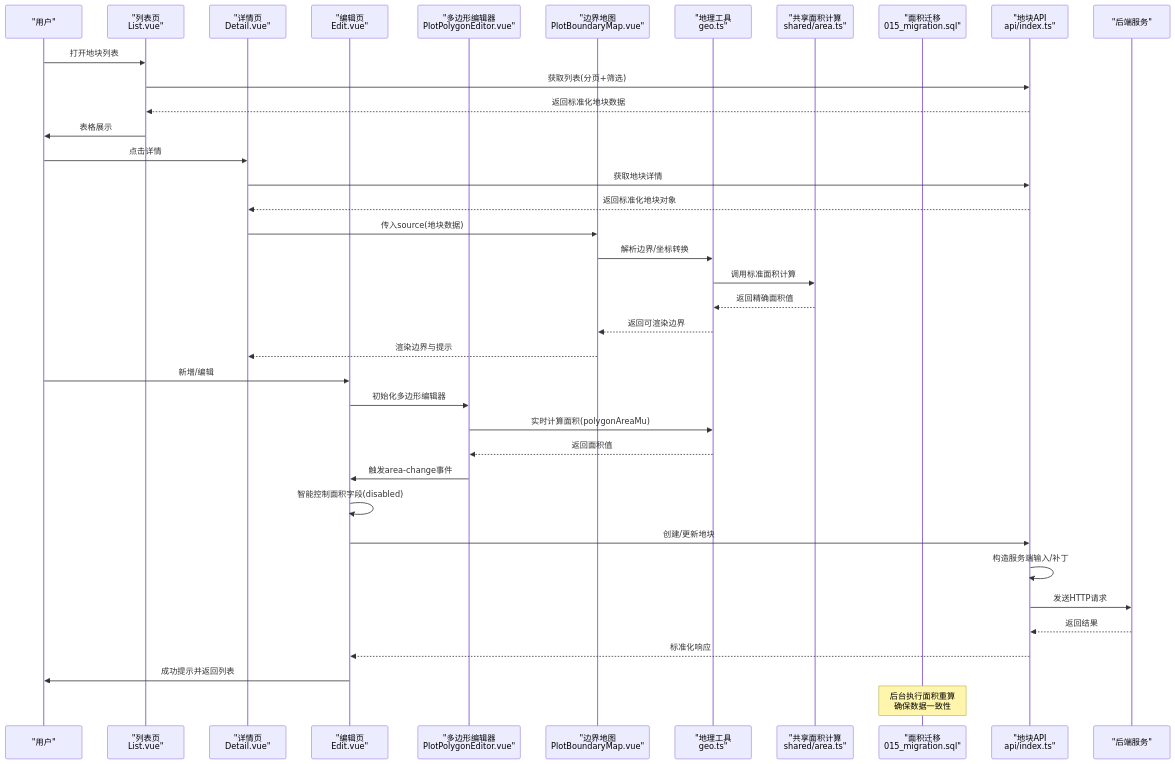
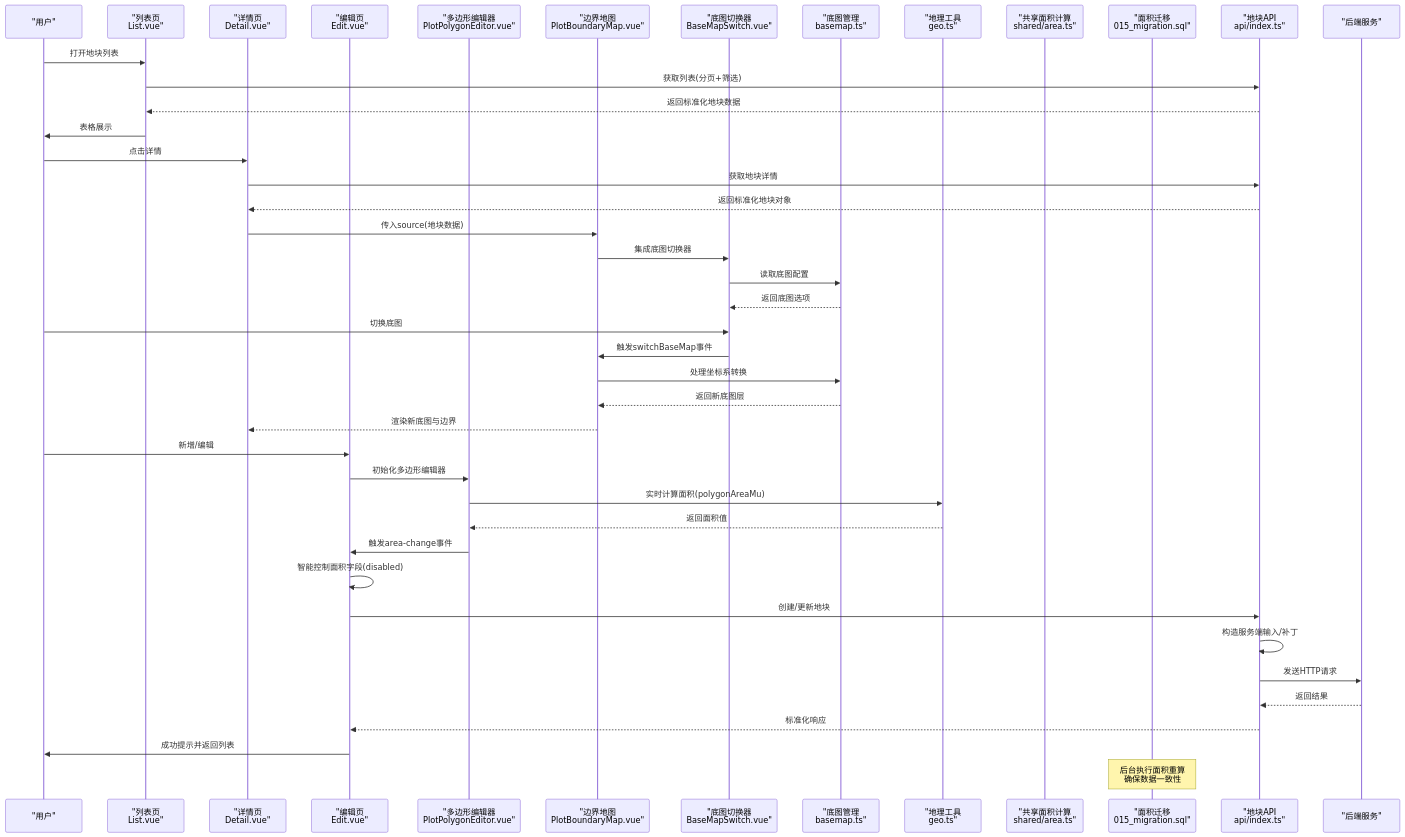
One commit to q446328246/agri-platform changed the second of 13 diagrams in .qoder/repowiki/zh/content/前端应用文档/核心页面/地块管理页面/地块管理页面.md. Above: the diagram before and after it, drawn with Mermaid. The commit also changed other lines of this file and 48 other files, not shown here.

````diff
--- a/.qoder/repowiki/zh/content/前端应用文档/核心页面/地块管理页面/地块管理页面.md
+++ b/.qoder/repowiki/zh/content/前端应用文档/核心页面/地块管理页面/地块管理页面.md
@@ -159,40 +184,45 @@
 ```mermaid
 sequenceDiagram
 participant User as "用户"
 participant List as "列表页<br/>List.vue"
 participant Detail as "详情页<br/>Detail.vue"
 participant Edit as "编辑页<br/>Edit.vue"
 participant PolygonEditor as "多边形编辑器<br/>PlotPolygonEditor.vue"
 participant Map as "边界地图<br/>PlotBoundaryMap.vue"
+participant BaseMapSwitch as "底图切换器<br/>BaseMapSwitch.vue"
+participant Basemap as "底图管理<br/>basemap.ts"
 participant Utils as "地理工具<br/>geo.ts"
 participant Shared as "共享面积计算<br/>shared/area.ts"
 participant Migration as "面积迁移<br/>015_migration.sql"
 participant Api as "地块API<br/>api/index.ts"
 participant Server as "后端服务"
 User->>List : 打开地块列表
 List->>Api : 获取列表(分页+筛选)
 Api-->>List : 返回标准化地块数据
 List->>User : 表格展示
 User->>Detail : 点击详情
 Detail->>Api : 获取地块详情
 Api-->>Detail : 返回标准化地块对象
 Detail->>Map : 传入source(地块数据)
-Map->>Utils : 解析边界/坐标转换
-Utils->>Shared : 调用标准面积计算
-Shared-->>Utils : 返回精确面积值
-Utils-->>Map : 返回可渲染边界
-Map-->>Detail : 渲染边界与提示
+Map->>BaseMapSwitch : 集成底图切换器
+BaseMapSwitch->>Basemap : 读取底图配置
+Basemap-->>BaseMapSwitch : 返回底图选项
+User->>BaseMapSwitch : 切换底图
+BaseMapSwitch->>Map : 触发switchBaseMap事件
+Map->>Basemap : 处理坐标系转换
+Basemap-->>Map : 返回新底图层
+Map-->>Detail : 渲染新底图与边界
 User->>Edit : 新增/编辑
 Edit->>PolygonEditor : 初始化多边形编辑器
 PolygonEditor->>Utils : 实时计算面积(polygonAreaMu)
 Utils-->>PolygonEditor : 返回面积值
 PolygonEditor->>Edit : 触发area-change事件
 Edit->>Edit : 智能控制面积字段(disabled)
 Edit->>Api : 创建/更新地块
 Api->>Api : 构造服务端输入/补丁
 Api->>Server : 发送HTTP请求
 Server-->>Api : 返回结果
 Api-->>Edit : 标准化响应
 Edit->>User : 成功提示并返回列表
 Note over Migration : 后台执行面积重算<br/>确保数据一致性
 ```
````
